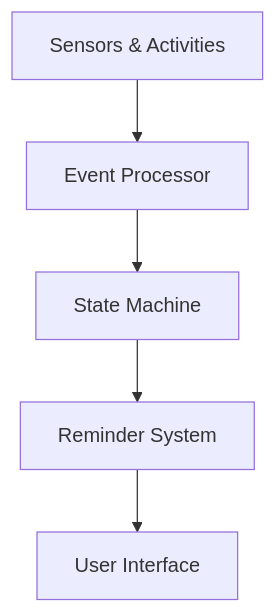
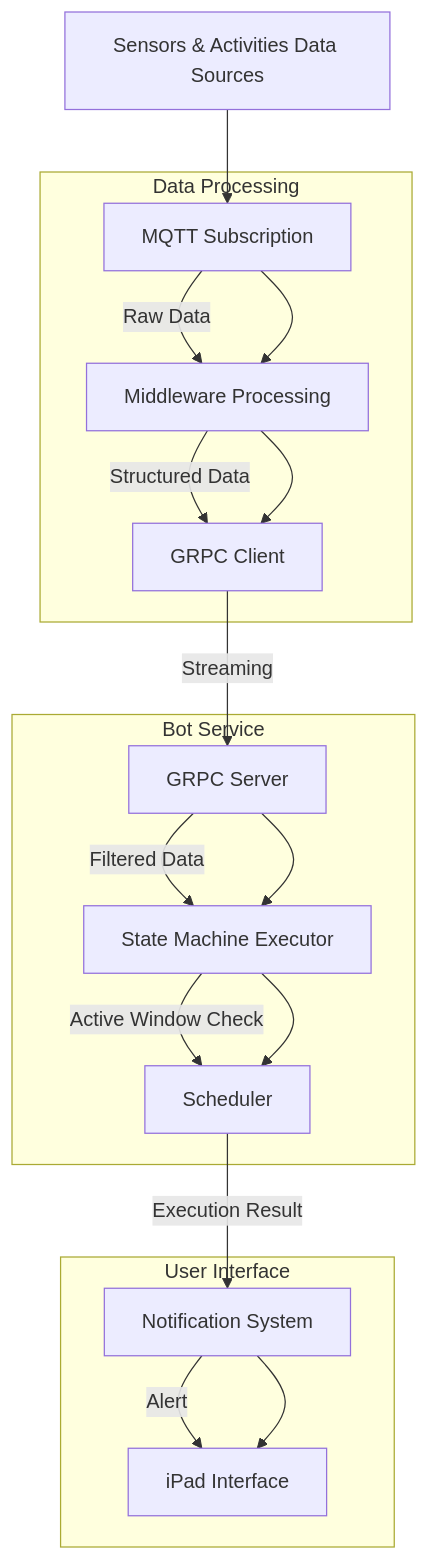
One commit to adam-zakaria/reminder-system changed the diagram in README_sujendra.md. Above: the diagram before and after it, drawn with Mermaid. The commit also changed other lines of this file, not shown here.

Commit message:
updates regarding data flow

````diff
--- a/README_sujendra.md
+++ b/README_sujendra.md
@@ -27,7 +27,23 @@
 ```mermaid
 graph TD
-    A[Sensors & Activities] --> B[Event Processor]
-    B --> C[State Machine]
-    C --> D[Reminder System]
-    D --> E[User Interface]
+    A[Sensors & Activities Data Sources] --> B[MQTT Subscription]
+    B[MQTT Subscription] --> |Raw Data| C[Middleware Processing]
+    C --> |Structured Data| D[GRPC Client]
+    D --> |Streaming| E[GRPC Server]
+    E --> |Filtered Data| F[State Machine Executor]
+    F --> |Active Window Check| G[Scheduler]
+    G --> |Execution Result| H[Notification System]
+    H --> |Alert| I[iPad Interface]
+
+    subgraph "Data Processing"
+    B --> C --> D
+    end
+
+    subgraph "Bot Service"
+    E --> F --> G
+    end
+
+    subgraph "User Interface"
+    H --> I
+    end
 ```
````
